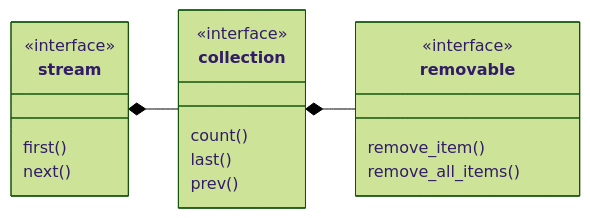
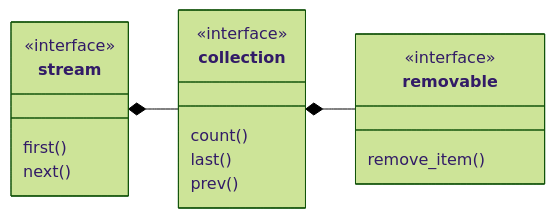
One commit to pretore/aquarium-butterflyfish changed the diagram in doc/removable.md. Above: the diagram before and after it, drawn with Mermaid (forest theme). The commit also changed other lines of this file and 387 other files, not shown here.

````diff
--- a/doc/removable.md
+++ b/doc/removable.md
@@ -3,22 +3,21 @@
 ```mermaid
 classDiagram
     direction LR
     class stream {
         first()
         next()
     }
     <<interface>> stream
     class collection {
         count()
         last()
         prev()
     }
     <<interface>> collection
     stream *-- collection
     class removable {
         remove_item()
-        remove_all_items()
     }
     <<interface>> removable
     collection *-- removable
 ```
````
